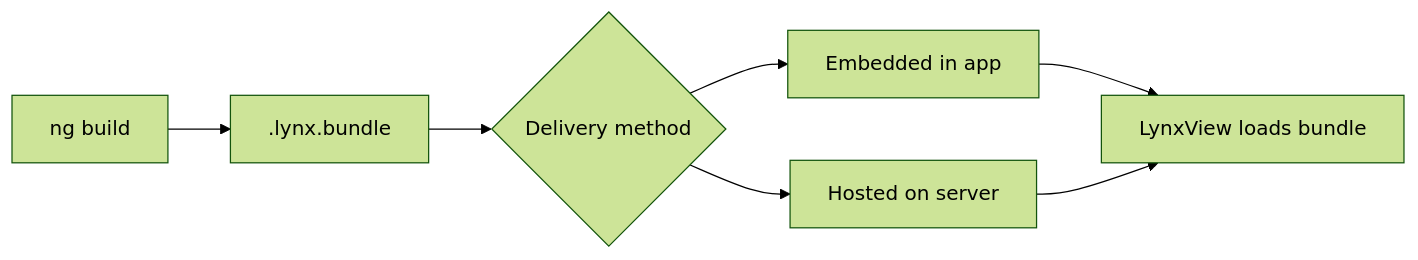
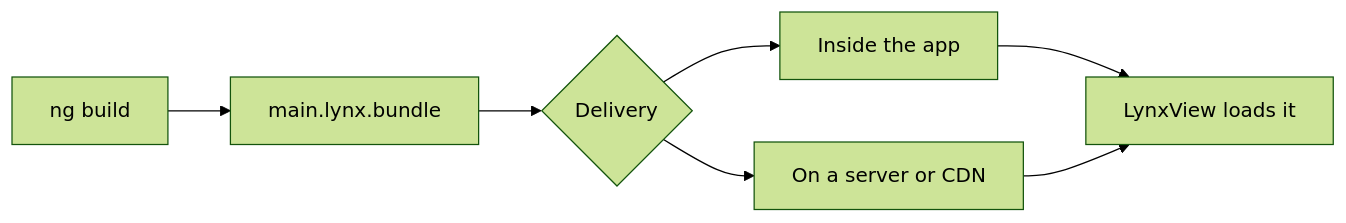
Before and after one commit to Blotch-Smart-Frames/AngularLynx: the diagram in packages/website/docs/guide/building-for-production.mdx, drawn with Mermaid (forest theme). The commit also changed other lines of this file and 2 other files, not shown here.

First line of the commit message:
docs: Correct and rewrite the Publishing your App guide (#40)

````diff
--- a/packages/website/docs/guide/building-for-production.mdx
+++ b/packages/website/docs/guide/building-for-production.mdx
@@ -161,9 +282,9 @@
 ```mermaid
 flowchart LR
-    A[ng build] --> B[".lynx.bundle"]
-    B --> C{Delivery method}
-    C --> D[Embedded in app]
-    C --> E[Hosted on server]
-    D --> F[LynxView loads bundle]
+    A[ng build] --> B["main.lynx.bundle"]
+    B --> C{Delivery}
+    C --> D[Inside the app]
+    C --> E[On a server or CDN]
+    D --> F[LynxView loads it]
     E --> F
 ```
````
